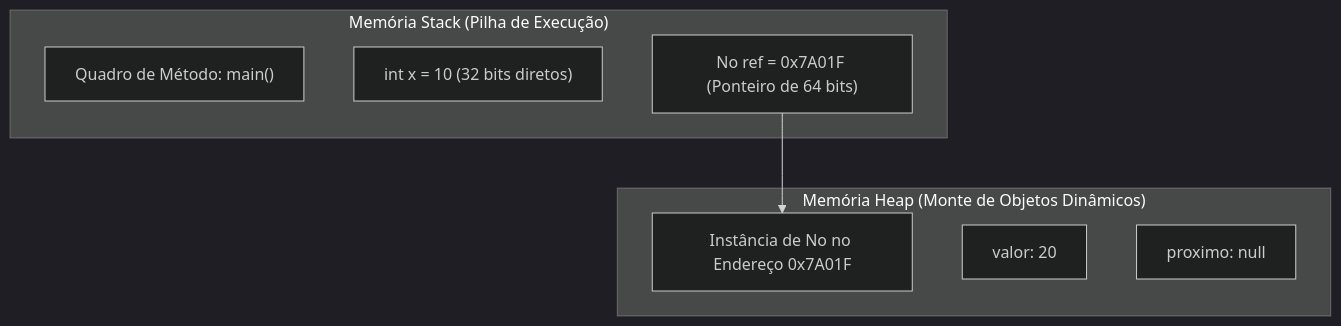
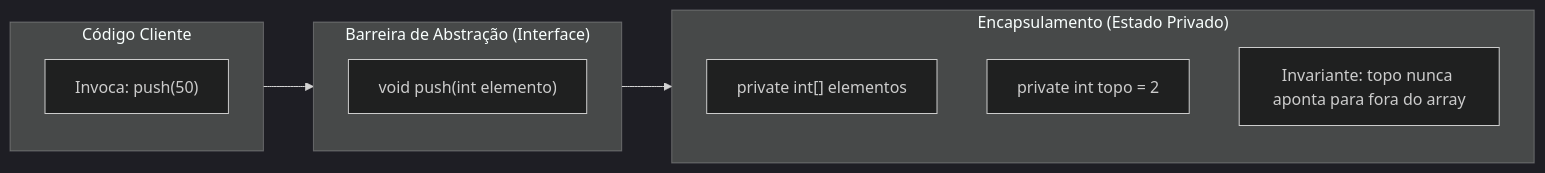
Before and after one commit to murilolol/unifef: the eighth of 33 diagrams in 4º Semestre/[Prof. Wesley Soares] Estrutura de Dados I/Resumos-IA/Caderno-Consolidado.md, drawn with Mermaid (dark theme). The commit also changed other lines of this file and 18 other files, not shown here.

````diff
--- a/4º Semestre/[Prof. Wesley Soares] Estrutura de Dados I/Resumos-IA/Caderno-Consolidado.md
+++ b/4º Semestre/[Prof. Wesley Soares] Estrutura de Dados I/Resumos-IA/Caderno-Consolidado.md
@@ -348,14 +402,20 @@
 ```mermaid
-flowchart TD
-    subgraph MemoriaStack["Memória Stack (Pilha de Execução)"]
-        Frame1["Quadro de Método: main()"]
-        VarPrim["int x = 10 (32 bits diretos)"]
-        VarRef["No ref = 0x7A01F (Ponteiro de 64 bits)"]
+flowchart LR
+    subgraph Consumidor["Código Cliente"]
+        Op["Invoca: push(50)"]
     end
-    subgraph MemoriaHeap["Memória Heap (Monte de Objetos Dinâmicos)"]
-        Obj["Instância de No no Endereço 0x7A01F"]
-        ObjPayload["valor: 20"]
-        ObjNext["proximo: null"]
+
+    subgraph Barreira["Barreira de Abstração (Interface)"]
+        Assinatura["void push(int elemento)"]
     end
-    VarRef --> Obj
+
+    subgraph Nucleo["Encapsulamento (Estado Privado)"]
+        direction TB
+        Vetor["private int[] elementos"]
+        Topo["private int topo = 2"]
+        Regra["Invariante: topo nunca aponta para fora do array"]
+    end
+
+    Consumidor --> Barreira
+    Barreira --> Nucleo
 ```
````
